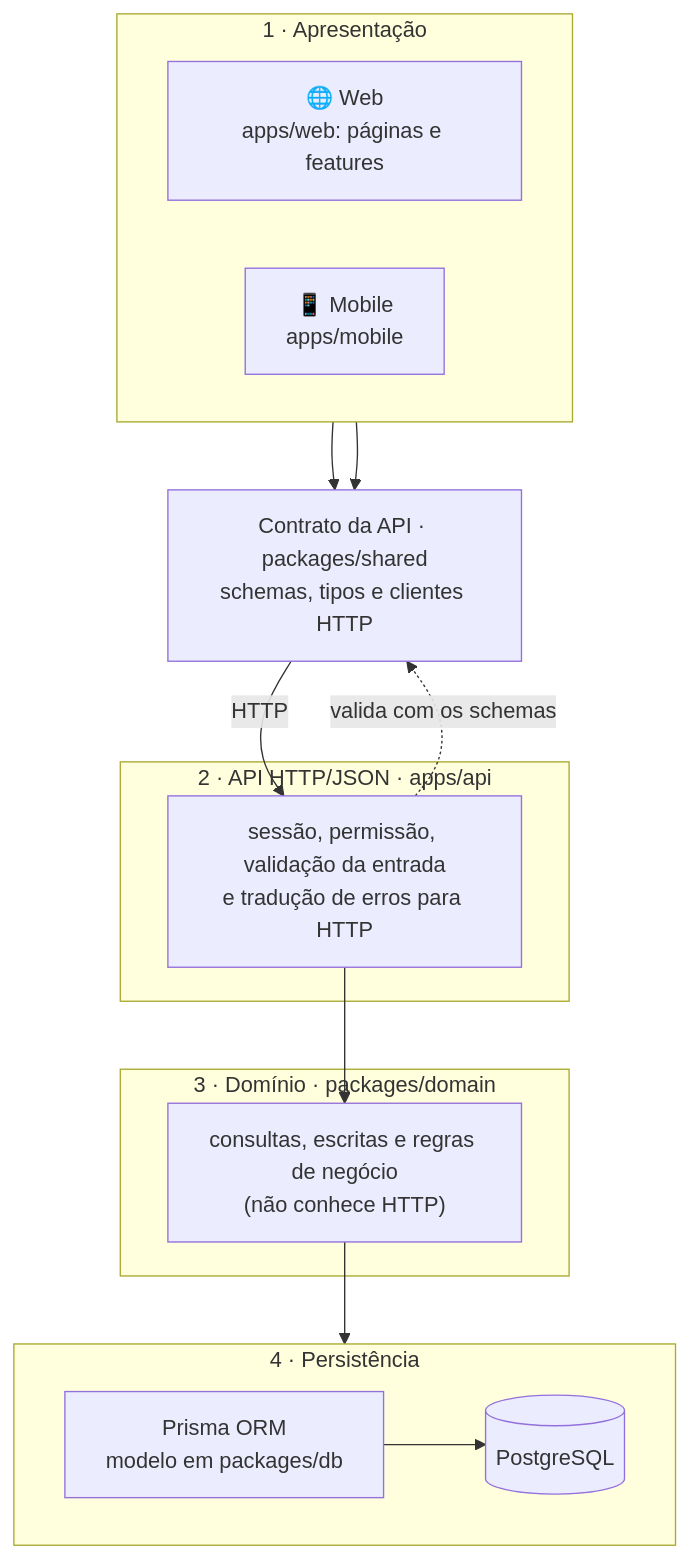
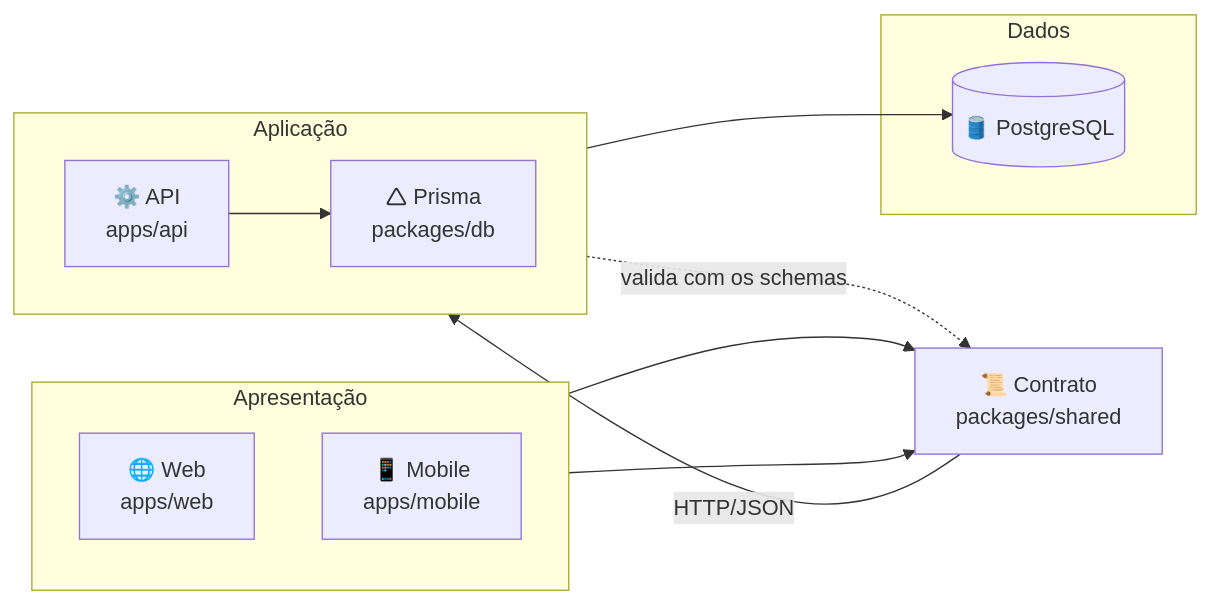
One commit to FelipeMzero/ifarm-preview changed the first of 3 diagrams in docs/architecture.md. Above: the diagram before and after it, drawn with Mermaid. The commit also changed other lines of this file and 1 other file, not shown here.

````diff
--- a/docs/architecture.md
+++ b/docs/architecture.md
@@ -9,32 +5,27 @@
 ```mermaid
-flowchart TB
-  subgraph L1["1 · Apresentação"]
-    direction LR
-    Web["🌐 Web<br/>apps/web: páginas e features"]
+flowchart LR
+  subgraph Apresentacao["Apresentação"]
+    direction TB
+    Web["🌐 Web<br/>apps/web"]
     App["📱 Mobile<br/>apps/mobile"]
   end
 
-  Contract["Contrato da API · packages/shared<br/>schemas, tipos e clientes HTTP"]
+  Contract["📜 Contrato<br/>packages/shared"]
 
-  subgraph L2["2 · API HTTP/JSON · apps/api"]
-    Api["sessão, permissão, validação da entrada<br/>e tradução de erros para HTTP"]
+  subgraph Aplicacao["Aplicação"]
+    direction LR
+    Api["⚙️ API<br/>apps/api"]
+    Prisma["🛆 Prisma<br/>packages/db"]
   end
 
-  subgraph L3["3 · Domínio · packages/domain"]
-    Domain["consultas, escritas e regras de negócio<br/>(não conhece HTTP)"]
-  end
-
-  subgraph L4["4 · Persistência"]
-    direction LR
-    Prisma["Prisma ORM<br/>modelo em packages/db"]
-    DB[("PostgreSQL")]
+  subgraph Dados
+    DB[("🛢️ PostgreSQL")]
   end
 
   Web --> Contract
   App --> Contract
-  Contract -- "HTTP" --> Api
+  Contract -- "HTTP/JSON" --> Api
   Api -. "valida com os schemas" .-> Contract
-  Api --> Domain
-  Domain --> Prisma
+  Api --> Prisma
   Prisma --> DB
 ```
````
